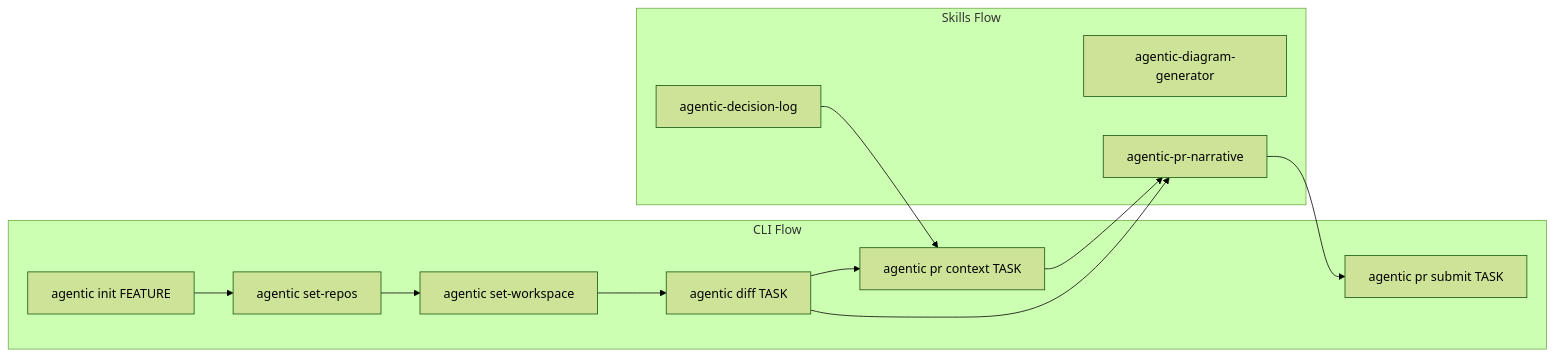
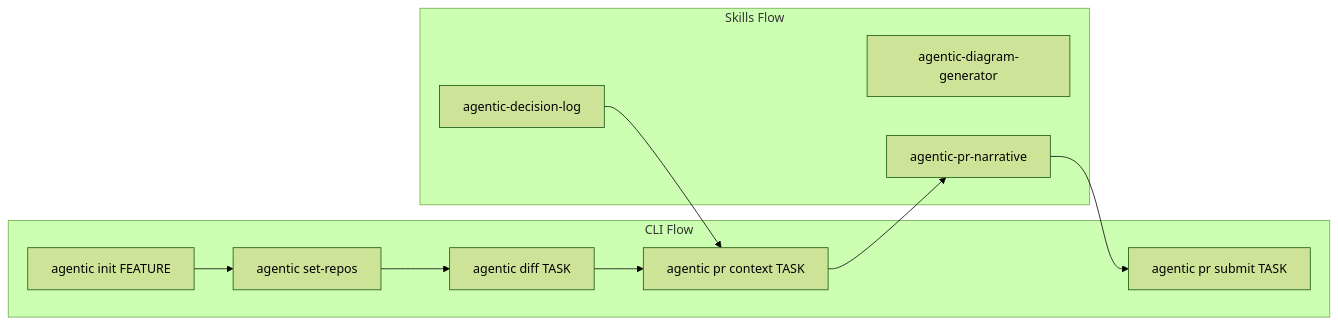
Before and after one commit to poc-federated-patterns/agentic-lite: the diagram in README.md, drawn with Mermaid (forest theme). The commit also changed 6 other files, not shown here.

````diff
--- a/README.md
+++ b/README.md
@@ -28,19 +28,17 @@
 ```mermaid
 flowchart LR
   subgraph cliFlow [CLI Flow]
-    init[agentic init FEATURE] --> repos[agentic set-repos]
-    repos --> workspace[agentic set-workspace]
+    init[agentic init FEATURE] --> workspace[agentic set-repos]
     workspace --> diff[agentic diff TASK]
     diff --> context[agentic pr context TASK]
     submit[agentic pr submit TASK]
   end
   subgraph skillsFlow [Skills Flow]
     diagram[agentic-diagram-generator]
     decision[agentic-decision-log]
     narrative[agentic-pr-narrative]
   end
   context --> narrative
-  diff --> narrative
   narrative --> submit
   decision --> context
 ```
````
